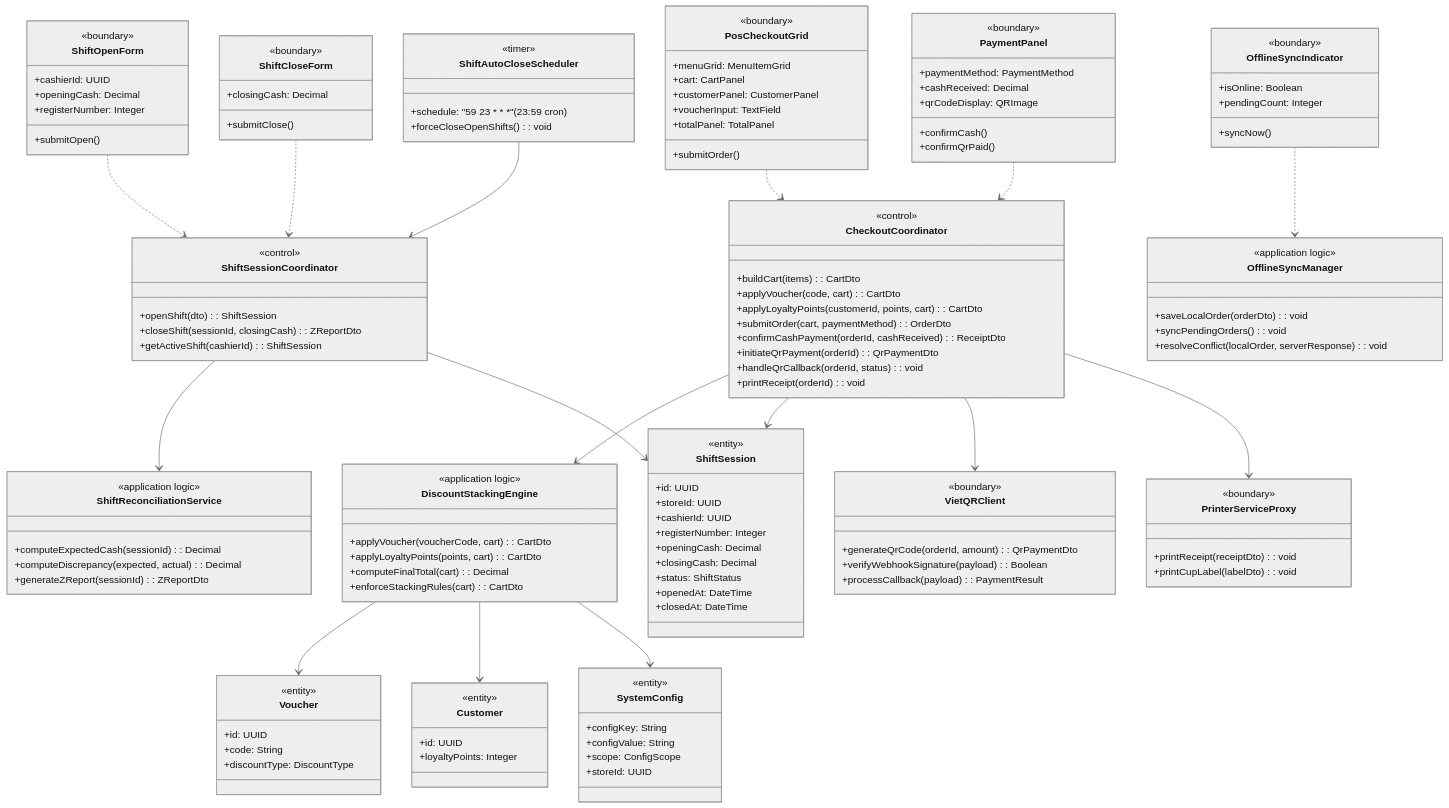
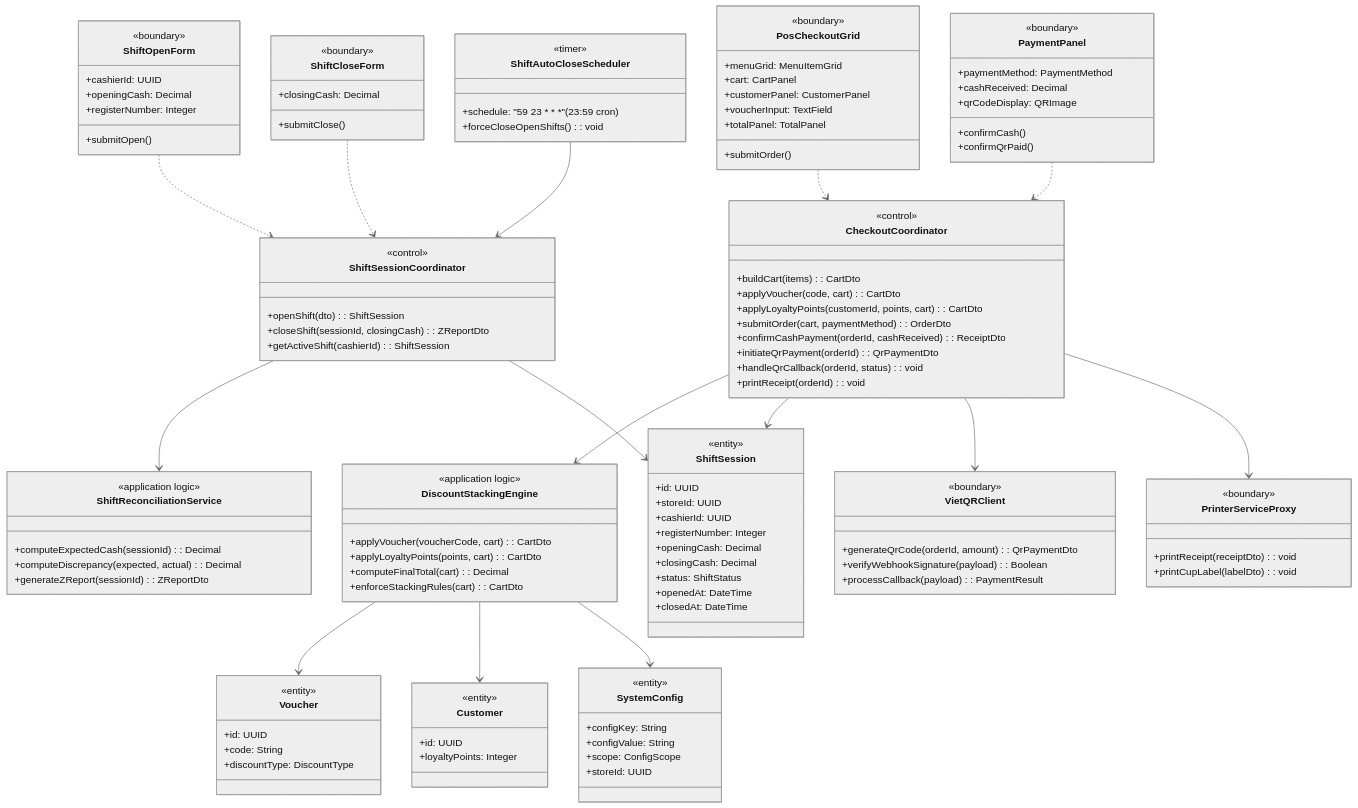
One commit to Shaichi/Khoga_coffe_shop changed diagram 29 of 51 in RDS_Khoga_CoffeeShop_v1.0.md. Above: the diagram before and after it, drawn with Mermaid (neutral theme). The commit also changed other lines of this file and 4 other files, not shown here.

Commit message:
docs: remove offline mode feature (BR-86) — too risky for data consistency; POS is now always-online

```diff
--- a/RDS_Khoga_CoffeeShop_v1.0.md
+++ b/RDS_Khoga_CoffeeShop_v1.0.md
@@ -1790,12 +1790,7 @@
         +closingCash: Decimal
         +submitClose()
     }
-    class OfflineSyncIndicator {
-        <<boundary>>
-        +isOnline: Boolean
-        +pendingCount: Integer
-        +syncNow()
-    }
+
     class CheckoutCoordinator {
         <<control>>
         +buildCart(items): CartDto
@@ -1826,12 +1821,7 @@
         +computeDiscrepancy(expected, actual): Decimal
         +generateZReport(sessionId): ZReportDto
     }
-    class OfflineSyncManager {
-        <<application logic>>
-        +saveLocalOrder(orderDto): void
-        +syncPendingOrders(): void
-        +resolveConflict(localOrder, serverResponse): void
-    }
+
     class ShiftAutoCloseScheduler {
         <<timer>>
         +schedule: "59 23 * * *" (23:59 cron)
@@ -1883,7 +1873,7 @@
     ShiftCloseForm ..> ShiftSessionCoordinator
     PosCheckoutGrid ..> CheckoutCoordinator
     PaymentPanel ..> CheckoutCoordinator
-    OfflineSyncIndicator ..> OfflineSyncManager
+
     CheckoutCoordinator --> DiscountStackingEngine
     CheckoutCoordinator --> ShiftSession
     CheckoutCoordinator --> VietQRClient
```
